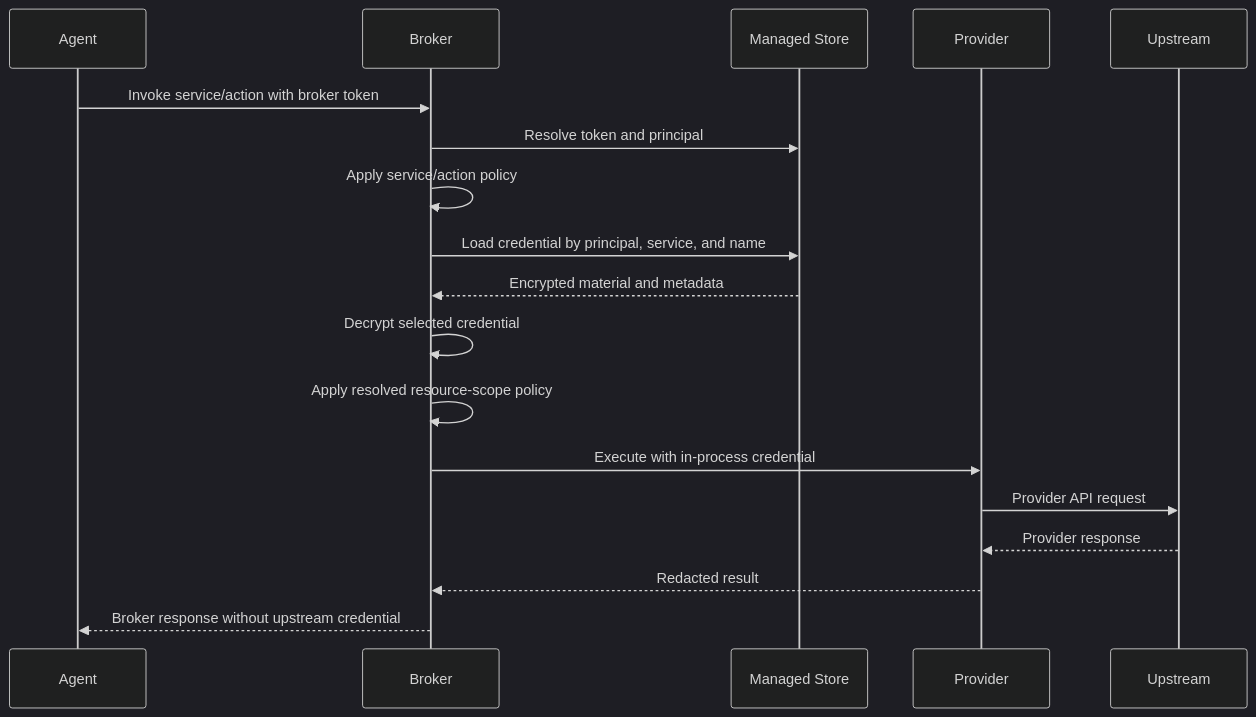
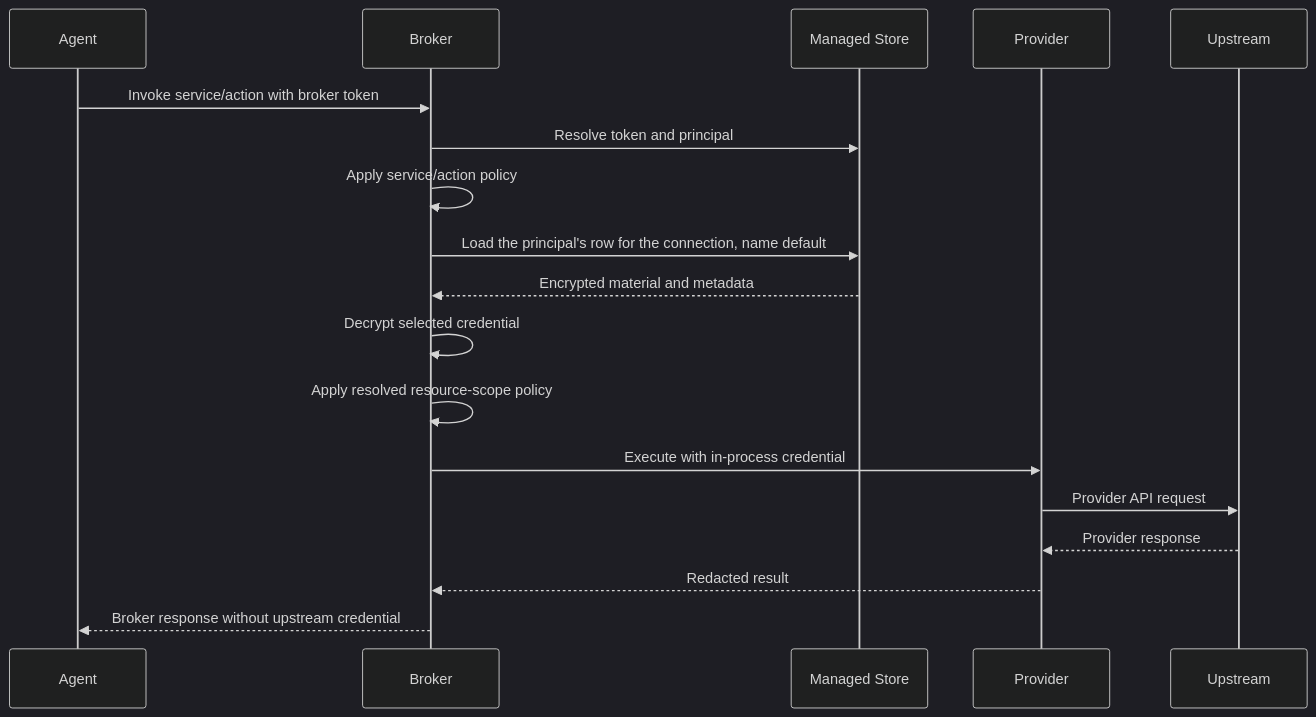
Before and after one commit to kcosr/agent-access-broker: the third of 3 diagrams in docs/database.md, drawn with Mermaid (dark theme). The commit also changed other lines of this file and 13 other files, not shown here.

First line of the commit message:
docs: document credential connection configuration

````diff
--- a/docs/database.md
+++ b/docs/database.md
@@ -561,21 +561,21 @@
 ```mermaid
 sequenceDiagram
     participant Agent
     participant Broker
     participant Store as Managed Store
     participant Provider
     participant Upstream
 
     Agent->>Broker: Invoke service/action with broker token
     Broker->>Store: Resolve token and principal
     Broker->>Broker: Apply service/action policy
-    Broker->>Store: Load credential by principal, service, and name
+    Broker->>Store: Load the principal's row for the connection, name default
     Store-->>Broker: Encrypted material and metadata
     Broker->>Broker: Decrypt selected credential
     Broker->>Broker: Apply resolved resource-scope policy
     Broker->>Provider: Execute with in-process credential
     Provider->>Upstream: Provider API request
     Upstream-->>Provider: Provider response
     Provider-->>Broker: Redacted result
     Broker-->>Agent: Broker response without upstream credential
 ```
````
